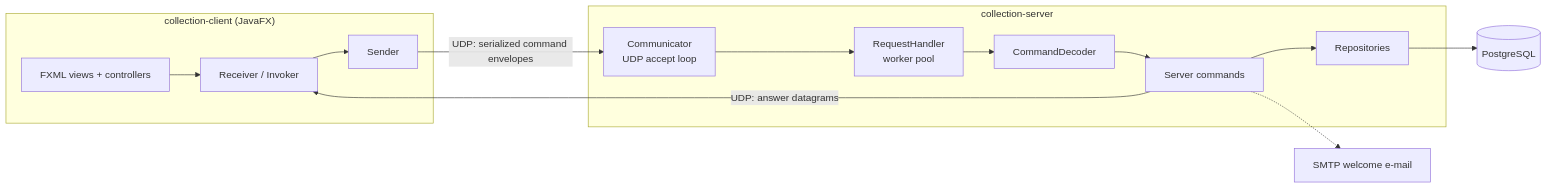
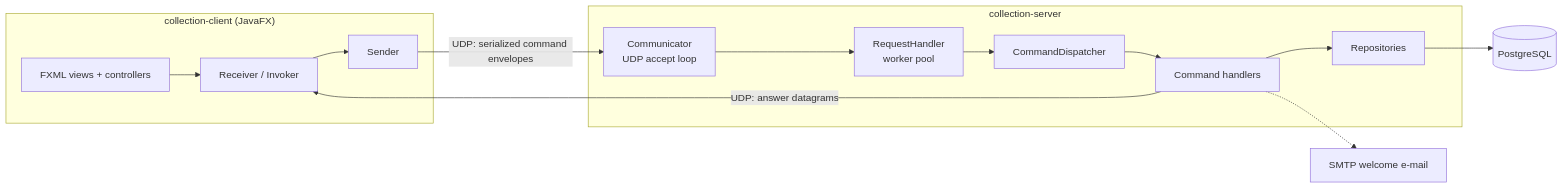
The diagram in README.md (Ali-Alibekovich/collection-management-application), drawn with Mermaid before and after one commit. The commit also changed 1 other file, not shown here.

Commit message:
docs: reflect the dispatcher in the architecture diagrams

````diff
--- a/README.md
+++ b/README.md
@@ -33,16 +33,16 @@
 ```mermaid
 flowchart LR
     subgraph client["collection-client (JavaFX)"]
         UI[FXML views + controllers] --> Core[Receiver / Invoker]
         Core --> SenderN[Sender]
     end
     subgraph server["collection-server"]
         Comm[Communicator<br/>UDP accept loop] --> Handler[RequestHandler<br/>worker pool]
-        Handler --> Decoder[CommandDecoder] --> Cmds[Server commands]
+        Handler --> Dispatcher[CommandDispatcher] --> Cmds[Command handlers]
         Cmds --> Repos[Repositories]
     end
     SenderN -- "UDP: serialized command envelopes" --> Comm
     Cmds -- "UDP: answer datagrams" --> Core
     Repos --> PG[(PostgreSQL)]
     Cmds -.-> Mail[SMTP welcome e-mail]
 ```
````
